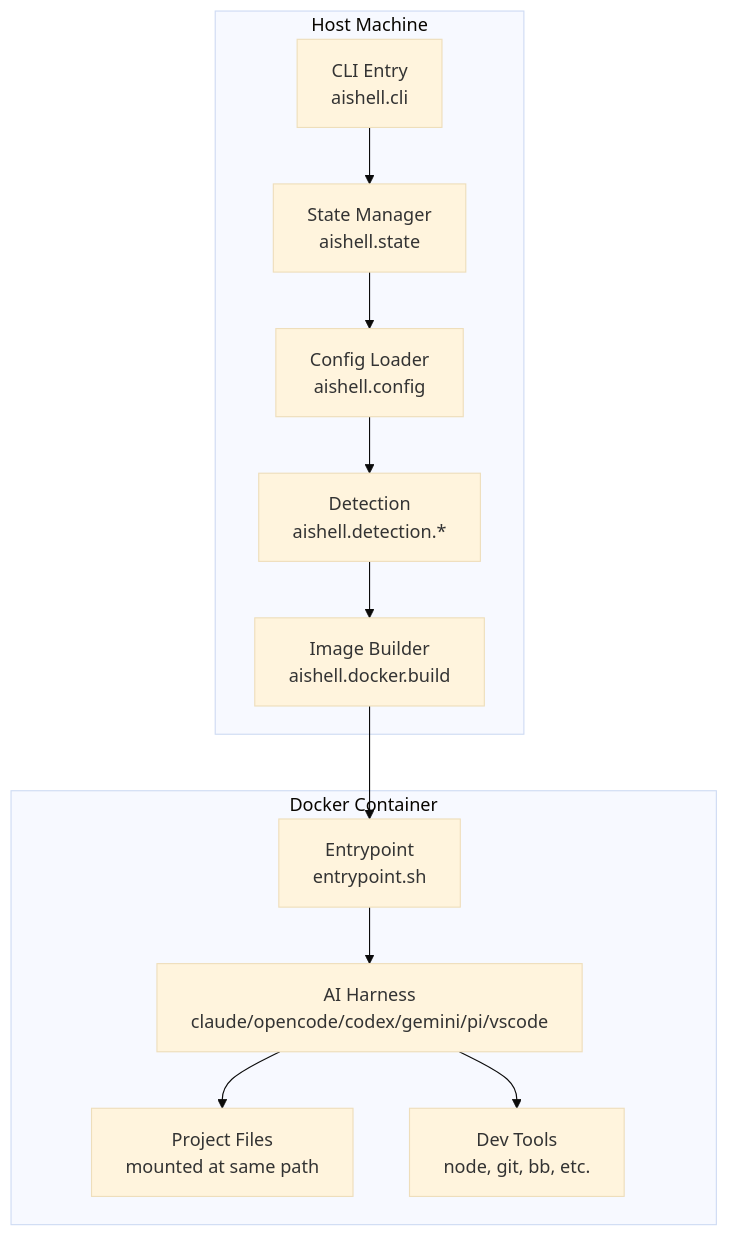
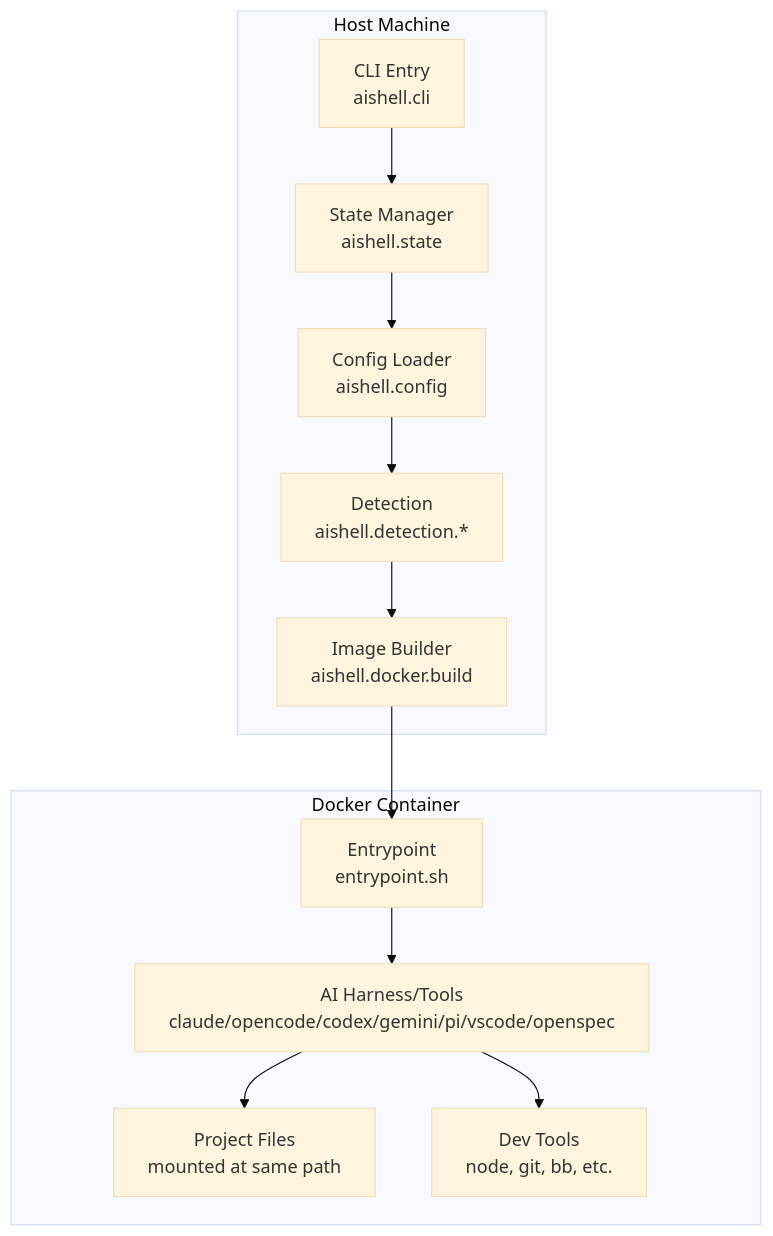
The diagram in docs/ARCHITECTURE.md (UniSoma/aishell), drawn with Mermaid (base theme) before and after one commit. The commit also changed other lines of this file, not shown here.

First line of the commit message:
docs(64-02): update ARCHITECTURE.md for OpenSpec

````diff
--- a/docs/ARCHITECTURE.md
+++ b/docs/ARCHITECTURE.md
@@ -27,26 +27,26 @@
 ```mermaid
 graph TB
     subgraph Host["Host Machine"]
         CLI[CLI Entry<br/>aishell.cli]
         State[State Manager<br/>aishell.state]
         Config[Config Loader<br/>aishell.config]
         Detection[Detection<br/>aishell.detection.*]
         Build[Image Builder<br/>aishell.docker.build]
     end
 
     subgraph Docker["Docker Container"]
         Entry[Entrypoint<br/>entrypoint.sh]
-        Harness[AI Harness<br/>claude/opencode/codex/gemini/pi/vscode]
+        Harness[AI Harness/Tools<br/>claude/opencode/codex/gemini/pi/vscode/openspec]
         Project[Project Files<br/>mounted at same path]
         Tools[Dev Tools<br/>node, git, bb, etc.]
     end
 
     CLI --> State
     State --> Config
     Config --> Detection
     Detection --> Build
     Build --> Entry
     Entry --> Harness
     Harness --> Project
     Harness --> Tools
 ```
````
